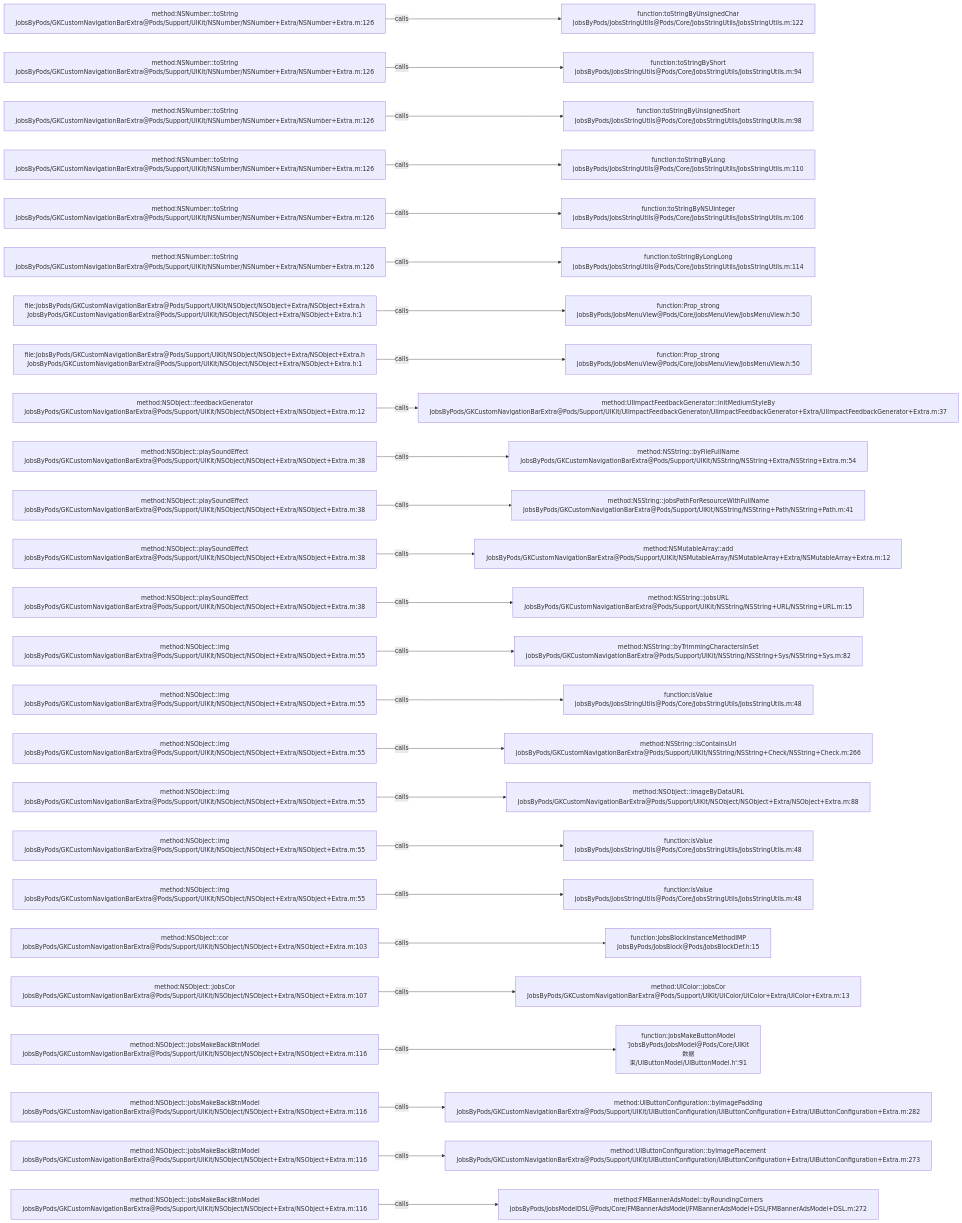
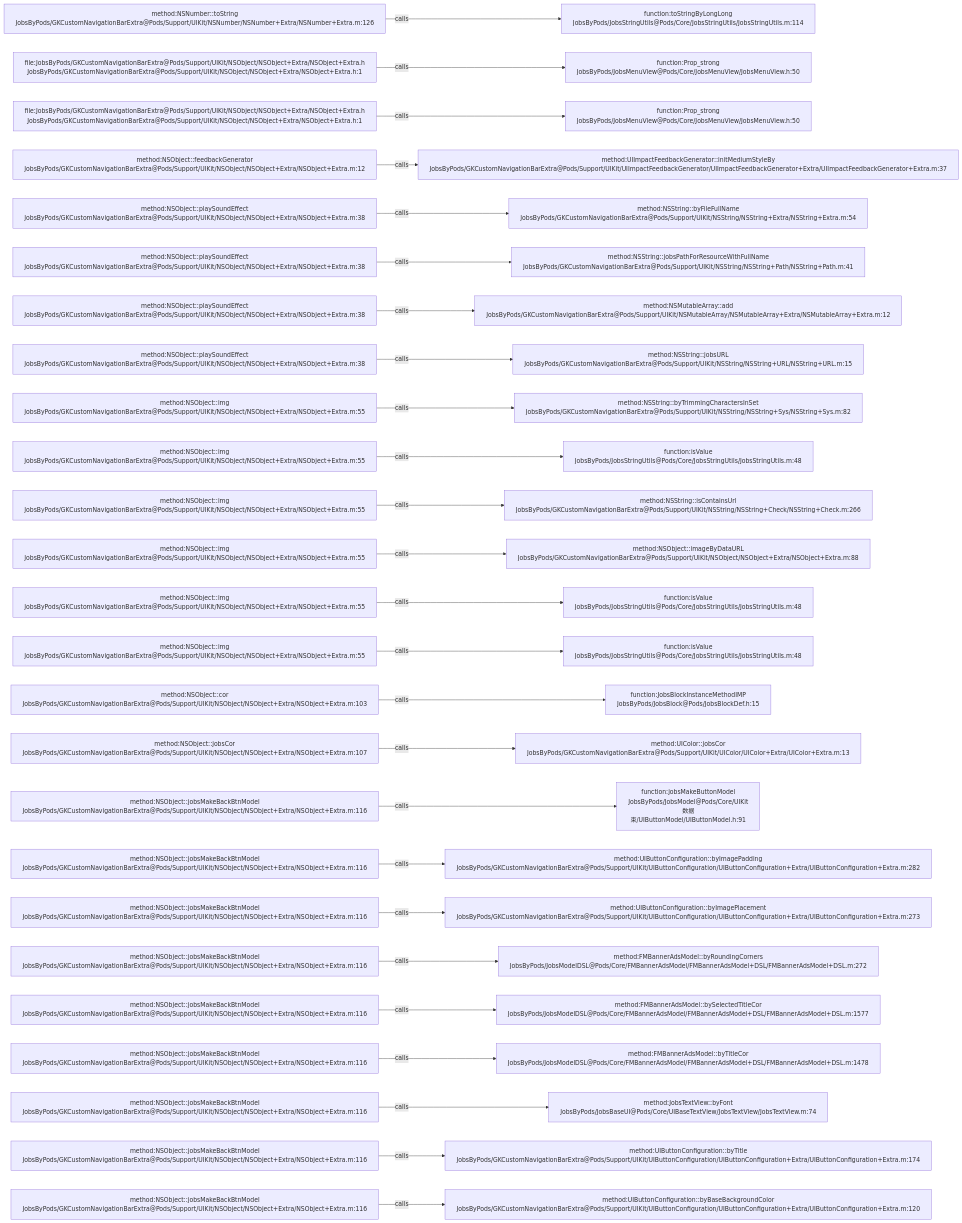
Before and after one commit to JobsKits/JobsOCBaseConfigDemo: the diagram in .codegraph/codegraph.md/graphs/calls-012.md, drawn with Mermaid. The commit also changed 223 other files, not shown here.

````diff
--- a/.codegraph/codegraph.md/graphs/calls-012.md
+++ b/.codegraph/codegraph.md/graphs/calls-012.md
@@ -13,78 +13,78 @@
 ```mermaid
 flowchart LR
   S1["method:NSNumber::toString<br/>JobsByPods/GKCustomNavigationBarExtra@Pods/Support/UIKit/NSNumber/NSNumber+Extra/NSNumber+Extra.m:126"]
-  T1["function:toStringByUnsignedChar<br/>JobsByPods/JobsStringUtils@Pods/Core/JobsStringUtils/JobsStringUtils.m:122"]
+  T1["function:toStringByLongLong<br/>JobsByPods/JobsStringUtils@Pods/Core/JobsStringUtils/JobsStringUtils.m:114"]
   S1 -->|calls| T1
-  S2["method:NSNumber::toString<br/>JobsByPods/GKCustomNavigationBarExtra@Pods/Support/UIKit/NSNumber/NSNumber+Extra/NSNumber+Extra.m:126"]
-  T2["function:toStringByShort<br/>JobsByPods/JobsStringUtils@Pods/Core/JobsStringUtils/JobsStringUtils.m:94"]
+  S2["file:JobsByPods/GKCustomNavigationBarExtra@Pods/Support/UIKit/NSObject/NSObject+Extra/NSObject+Extra.h<br/>JobsByPods/GKCustomNavigationBarExtra@Pods/Support/UIKit/NSObject/NSObject+Extra/NSObject+Extra.h:1"]
+  T2["function:Prop_strong<br/>JobsByPods/JobsMenuView@Pods/Core/JobsMenuView/JobsMenuView.h:50"]
   S2 -->|calls| T2
-  S3["method:NSNumber::toString<br/>JobsByPods/GKCustomNavigationBarExtra@Pods/Support/UIKit/NSNumber/NSNumber+Extra/NSNumber+Extra.m:126"]
-  T3["function:toStringByUnsignedShort<br/>JobsByPods/JobsStringUtils@Pods/Core/JobsStringUtils/JobsStringUtils.m:98"]
+  S3["file:JobsByPods/GKCustomNavigationBarExtra@Pods/Support/UIKit/NSObject/NSObject+Extra/NSObject+Extra.h<br/>JobsByPods/GKCustomNavigationBarExtra@Pods/Support/UIKit/NSObject/NSObject+Extra/NSObject+Extra.h:1"]
+  T3["function:Prop_strong<br/>JobsByPods/JobsMenuView@Pods/Core/JobsMenuView/JobsMenuView.h:50"]
   S3 -->|calls| T3
-  S4["method:NSNumber::toString<br/>JobsByPods/GKCustomNavigationBarExtra@Pods/Support/UIKit/NSNumber/NSNumber+Extra/NSNumber+Extra.m:126"]
-  T4["function:toStringByLong<br/>JobsByPods/JobsStringUtils@Pods/Core/JobsStringUtils/JobsStringUtils.m:110"]
+  S4["method:NSObject::feedbackGenerator<br/>JobsByPods/GKCustomNavigationBarExtra@Pods/Support/UIKit/NSObject/NSObject+Extra/NSObject+Extra.m:12"]
+  T4["method:UIImpactFeedbackGenerator::initMediumStyleBy<br/>JobsByPods/GKCustomNavigationBarExtra@Pods/Support/UIKit/UIImpactFeedbackGenerator/UIImpactFeedbackGenerator+Extra/UIImpactFeedbackGenerator+Extra.m:37"]
   S4 -->|calls| T4
-  S5["method:NSNumber::toString<br/>JobsByPods/GKCustomNavigationBarExtra@Pods/Support/UIKit/NSNumber/NSNumber+Extra/NSNumber+Extra.m:126"]
-  T5["function:toStringByNSUInteger<br/>JobsByPods/JobsStringUtils@Pods/Core/JobsStringUtils/JobsStringUtils.m:106"]
+  S5["method:NSObject::playSoundEffect<br/>JobsByPods/GKCustomNavigationBarExtra@Pods/Support/UIKit/NSObject/NSObject+Extra/NSObject+Extra.m:38"]
+  T5["method:NSString::byFileFullName<br/>JobsByPods/GKCustomNavigationBarExtra@Pods/Support/UIKit/NSString/NSString+Extra/NSString+Extra.m:54"]
   S5 -->|calls| T5
-  S6["method:NSNumber::toString<br/>JobsByPods/GKCustomNavigationBarExtra@Pods/Support/UIKit/NSNumber/NSNumber+Extra/NSNumber+Extra.m:126"]
-  T6["function:toStringByLongLong<br/>JobsByPods/JobsStringUtils@Pods/Core/JobsStringUtils/JobsStringUtils.m:114"]
+  S6["method:NSObject::playSoundEffect<br/>JobsByPods/GKCustomNavigationBarExtra@Pods/Support/UIKit/NSObject/NSObject+Extra/NSObject+Extra.m:38"]
+  T6["method:NSString::jobsPathForResourceWithFullName<br/>JobsByPods/GKCustomNavigationBarExtra@Pods/Support/UIKit/NSString/NSString+Path/NSString+Path.m:41"]
   S6 -->|calls| T6
-  S7["file:JobsByPods/GKCustomNavigationBarExtra@Pods/Support/UIKit/NSObject/NSObject+Extra/NSObject+Extra.h<br/>JobsByPods/GKCustomNavigationBarExtra@Pods/Support/UIKit/NSObject/NSObject+Extra/NSObject+Extra.h:1"]
-  T7["function:Prop_strong<br/>JobsByPods/JobsMenuView@Pods/Core/JobsMenuView/JobsMenuView.h:50"]
+  S7["method:NSObject::playSoundEffect<br/>JobsByPods/GKCustomNavigationBarExtra@Pods/Support/UIKit/NSObject/NSObject+Extra/NSObject+Extra.m:38"]
+  T7["method:NSMutableArray::add<br/>JobsByPods/GKCustomNavigationBarExtra@Pods/Support/UIKit/NSMutableArray/NSMutableArray+Extra/NSMutableArray+Extra.m:12"]
   S7 -->|calls| T7
-  S8["file:JobsByPods/GKCustomNavigationBarExtra@Pods/Support/UIKit/NSObject/NSObject+Extra/NSObject+Extra.h<br/>JobsByPods/GKCustomNavigationBarExtra@Pods/Support/UIKit/NSObject/NSObject+Extra/NSObject+Extra.h:1"]
-  T8["function:Prop_strong<br/>JobsByPods/JobsMenuView@Pods/Core/JobsMenuView/JobsMenuView.h:50"]
+  S8["method:NSObject::playSoundEffect<br/>JobsByPods/GKCustomNavigationBarExtra@Pods/Support/UIKit/NSObject/NSObject+Extra/NSObject+Extra.m:38"]
+  T8["method:NSString::jobsURL<br/>JobsByPods/GKCustomNavigationBarExtra@Pods/Support/UIKit/NSString/NSString+URL/NSString+URL.m:15"]
   S8 -->|calls| T8
-  S9["method:NSObject::feedbackGenerator<br/>JobsByPods/GKCustomNavigationBarExtra@Pods/Support/UIKit/NSObject/NSObject+Extra/NSObject+Extra.m:12"]
-  T9["method:UIImpactFeedbackGenerator::initMediumStyleBy<br/>JobsByPods/GKCustomNavigationBarExtra@Pods/Support/UIKit/UIImpactFeedbackGenerator/UIImpactFeedbackGenerator+Extra/UIImpactFeedbackGenerator+Extra.m:37"]
+  S9["method:NSObject::img<br/>JobsByPods/GKCustomNavigationBarExtra@Pods/Support/UIKit/NSObject/NSObject+Extra/NSObject+Extra.m:55"]
+  T9["method:NSString::byTrimmingCharactersInSet<br/>JobsByPods/GKCustomNavigationBarExtra@Pods/Support/UIKit/NSString/NSString+Sys/NSString+Sys.m:82"]
   S9 -->|calls| T9
-  S10["method:NSObject::playSoundEffect<br/>JobsByPods/GKCustomNavigationBarExtra@Pods/Support/UIKit/NSObject/NSObject+Extra/NSObject+Extra.m:38"]
-  T10["method:NSString::byFileFullName<br/>JobsByPods/GKCustomNavigationBarExtra@Pods/Support/UIKit/NSString/NSString+Extra/NSString+Extra.m:54"]
+  S10["method:NSObject::img<br/>JobsByPods/GKCustomNavigationBarExtra@Pods/Support/UIKit/NSObject/NSObject+Extra/NSObject+Extra.m:55"]
+  T10["function:isValue<br/>JobsByPods/JobsStringUtils@Pods/Core/JobsStringUtils/JobsStringUtils.m:48"]
   S10 -->|calls| T10
-  S11["method:NSObject::playSoundEffect<br/>JobsByPods/GKCustomNavigationBarExtra@Pods/Support/UIKit/NSObject/NSObject+Extra/NSObject+Extra.m:38"]
-  T11["method:NSString::jobsPathForResourceWithFullName<br/>JobsByPods/GKCustomNavigationBarExtra@Pods/Support/UIKit/NSString/NSString+Path/NSString+Path.m:41"]
+  S11["method:NSObject::img<br/>JobsByPods/GKCustomNavigationBarExtra@Pods/Support/UIKit/NSObject/NSObject+Extra/NSObject+Extra.m:55"]
+  T11["method:NSString::isContainsUrl<br/>JobsByPods/GKCustomNavigationBarExtra@Pods/Support/UIKit/NSString/NSString+Check/NSString+Check.m:266"]
   S11 -->|calls| T11
-  S12["method:NSObject::playSoundEffect<br/>JobsByPods/GKCustomNavigationBarExtra@Pods/Support/UIKit/NSObject/NSObject+Extra/NSObject+Extra.m:38"]
-  T12["method:NSMutableArray::add<br/>JobsByPods/GKCustomNavigationBarExtra@Pods/Support/UIKit/NSMutableArray/NSMutableArray+Extra/NSMutableArray+Extra.m:12"]
+  S12["method:NSObject::img<br/>JobsByPods/GKCustomNavigationBarExtra@Pods/Support/UIKit/NSObject/NSObject+Extra/NSObject+Extra.m:55"]
+  T12["method:NSObject::imageByDataURL<br/>JobsByPods/GKCustomNavigationBarExtra@Pods/Support/UIKit/NSObject/NSObject+Extra/NSObject+Extra.m:88"]
   S12 -->|calls| T12
-  S13["method:NSObject::playSoundEffect<br/>JobsByPods/GKCustomNavigationBarExtra@Pods/Support/UIKit/NSObject/NSObject+Extra/NSObject+Extra.m:38"]
-  T13["method:NSString::jobsURL<br/>JobsByPods/GKCustomNavigationBarExtra@Pods/Support/UIKit/NSString/NSString+URL/NSString+URL.m:15"]
+  S13["method:NSObject::img<br/>JobsByPods/GKCustomNavigationBarExtra@Pods/Support/UIKit/NSObject/NSObject+Extra/NSObject+Extra.m:55"]
+  T13["function:isValue<br/>JobsByPods/JobsStringUtils@Pods/Core/JobsStringUtils/JobsStringUtils.m:48"]
   S13 -->|calls| T13
   S14["method:NSObject::img<br/>JobsByPods/GKCustomNavigationBarExtra@Pods/Support/UIKit/NSObject/NSObject+Extra/NSObject+Extra.m:55"]
-  T14["method:NSString::byTrimmingCharactersInSet<br/>JobsByPods/GKCustomNavigationBarExtra@Pods/Support/UIKit/NSString/NSString+Sys/NSString+Sys.m:82"]
+  T14["function:isValue<br/>JobsByPods/JobsStringUtils@Pods/Core/JobsStringUtils/JobsStringUtils.m:48"]
   S14 -->|calls| T14
-  S15["method:NSObject::img<br/>JobsByPods/GKCustomNavigationBarExtra@Pods/Support/UIKit/NSObject/NSObject+Extra/NSObject+Extra.m:55"]
-  T15["function:isValue<br/>JobsByPods/JobsStringUtils@Pods/Core/JobsStringUtils/JobsStringUtils.m:48"]
+  S15["method:NSObject::cor<br/>JobsByPods/GKCustomNavigationBarExtra@Pods/Support/UIKit/NSObject/NSObject+Extra/NSObject+Extra.m:103"]
+  T15["function:JobsBlockInstanceMethodIMP<br/>JobsByPods/JobsBlock@Pods/JobsBlockDef.h:15"]
   S15 -->|calls| T15
-  S16["method:NSObject::img<br/>JobsByPods/GKCustomNavigationBarExtra@Pods/Support/UIKit/NSObject/NSObject+Extra/NSObject+Extra.m:55"]
-  T16["method:NSString::isContainsUrl<br/>JobsByPods/GKCustomNavigationBarExtra@Pods/Support/UIKit/NSString/NSString+Check/NSString+Check.m:266"]
+  S16["method:NSObject::jobsCor<br/>JobsByPods/GKCustomNavigationBarExtra@Pods/Support/UIKit/NSObject/NSObject+Extra/NSObject+Extra.m:107"]
+  T16["method:UIColor::jobsCor<br/>JobsByPods/GKCustomNavigationBarExtra@Pods/Support/UIKit/UIColor/UIColor+Extra/UIColor+Extra.m:13"]
   S16 -->|calls| T16
-  S17["method:NSObject::img<br/>JobsByPods/GKCustomNavigationBarExtra@Pods/Support/UIKit/NSObject/NSObject+Extra/NSObject+Extra.m:55"]
-  T17["method:NSObject::imageByDataURL<br/>JobsByPods/GKCustomNavigationBarExtra@Pods/Support/UIKit/NSObject/NSObject+Extra/NSObject+Extra.m:88"]
+  S17["method:NSObject::jobsMakeBackBtnModel<br/>JobsByPods/GKCustomNavigationBarExtra@Pods/Support/UIKit/NSObject/NSObject+Extra/NSObject+Extra.m:116"]
+  T17["function:jobsMakeButtonModel<br/>JobsByPods/JobsModel@Pods/Core/UIKit数据束/UIButtonModel/UIButtonModel.h:91"]
   S17 -->|calls| T17
-  S18["method:NSObject::img<br/>JobsByPods/GKCustomNavigationBarExtra@Pods/Support/UIKit/NSObject/NSObject+Extra/NSObject+Extra.m:55"]
-  T18["function:isValue<br/>JobsByPods/JobsStringUtils@Pods/Core/JobsStringUtils/JobsStringUtils.m:48"]
+  S18["method:NSObject::jobsMakeBackBtnModel<br/>JobsByPods/GKCustomNavigationBarExtra@Pods/Support/UIKit/NSObject/NSObject+Extra/NSObject+Extra.m:116"]
+  T18["method:UIButtonConfiguration::byImagePadding<br/>JobsByPods/GKCustomNavigationBarExtra@Pods/Support/UIKit/UIButtonConfiguration/UIButtonConfiguration+Extra/UIButtonConfiguration+Extra.m:282"]
   S18 -->|calls| T18
-  S19["method:NSObject::img<br/>JobsByPods/GKCustomNavigationBarExtra@Pods/Support/UIKit/NSObject/NSObject+Extra/NSObject+Extra.m:55"]
-  T19["function:isValue<br/>JobsByPods/JobsStringUtils@Pods/Core/JobsStringUtils/JobsStringUtils.m:48"]
+  S19["method:NSObject::jobsMakeBackBtnModel<br/>JobsByPods/GKCustomNavigationBarExtra@Pods/Support/UIKit/NSObject/NSObject+Extra/NSObject+Extra.m:116"]
+  T19["method:UIButtonConfiguration::byImagePlacement<br/>JobsByPods/GKCustomNavigationBarExtra@Pods/Support/UIKit/UIButtonConfiguration/UIButtonConfiguration+Extra/UIButtonConfiguration+Extra.m:273"]
   S19 -->|calls| T19
-  S20["method:NSObject::cor<br/>JobsByPods/GKCustomNavigationBarExtra@Pods/Support/UIKit/NSObject/NSObject+Extra/NSObject+Extra.m:103"]
-  T20["function:JobsBlockInstanceMethodIMP<br/>JobsByPods/JobsBlock@Pods/JobsBlockDef.h:15"]
+  S20["method:NSObject::jobsMakeBackBtnModel<br/>JobsByPods/GKCustomNavigationBarExtra@Pods/Support/UIKit/NSObject/NSObject+Extra/NSObject+Extra.m:116"]
+  T20["method:FMBannerAdsModel::byRoundingCorners<br/>JobsByPods/JobsModelDSL@Pods/Core/FMBannerAdsModel/FMBannerAdsModel+DSL/FMBannerAdsModel+DSL.m:272"]
   S20 -->|calls| T20
-  S21["method:NSObject::jobsCor<br/>JobsByPods/GKCustomNavigationBarExtra@Pods/Support/UIKit/NSObject/NSObject+Extra/NSObject+Extra.m:107"]
-  T21["method:UIColor::jobsCor<br/>JobsByPods/GKCustomNavigationBarExtra@Pods/Support/UIKit/UIColor/UIColor+Extra/UIColor+Extra.m:13"]
+  S21["method:NSObject::jobsMakeBackBtnModel<br/>JobsByPods/GKCustomNavigationBarExtra@Pods/Support/UIKit/NSObject/NSObject+Extra/NSObject+Extra.m:116"]
+  T21["method:FMBannerAdsModel::bySelectedTitleCor<br/>JobsByPods/JobsModelDSL@Pods/Core/FMBannerAdsModel/FMBannerAdsModel+DSL/FMBannerAdsModel+DSL.m:1577"]
   S21 -->|calls| T21
   S22["method:NSObject::jobsMakeBackBtnModel<br/>JobsByPods/GKCustomNavigationBarExtra@Pods/Support/UIKit/NSObject/NSObject+Extra/NSObject+Extra.m:116"]
-  T22["function:jobsMakeButtonModel<br/>'JobsByPods/JobsModel@Pods/Core/UIKit数据束/UIButtonModel/UIButtonModel.h':91"]
+  T22["method:FMBannerAdsModel::byTitleCor<br/>JobsByPods/JobsModelDSL@Pods/Core/FMBannerAdsModel/FMBannerAdsModel+DSL/FMBannerAdsModel+DSL.m:1478"]
   S22 -->|calls| T22
   S23["method:NSObject::jobsMakeBackBtnModel<br/>JobsByPods/GKCustomNavigationBarExtra@Pods/Support/UIKit/NSObject/NSObject+Extra/NSObject+Extra.m:116"]
-  T23["method:UIButtonConfiguration::byImagePadding<br/>JobsByPods/GKCustomNavigationBarExtra@Pods/Support/UIKit/UIButtonConfiguration/UIButtonConfiguration+Extra/UIButtonConfiguration+Extra.m:282"]
+  T23["method:JobsTextView::byFont<br/>JobsByPods/JobsBaseUI@Pods/Core/UIBaseTextView/JobsTextView/JobsTextView.m:74"]
   S23 -->|calls| T23
   S24["method:NSObject::jobsMakeBackBtnModel<br/>JobsByPods/GKCustomNavigationBarExtra@Pods/Support/UIKit/NSObject/NSObject+Extra/NSObject+Extra.m:116"]
-  T24["method:UIButtonConfiguration::byImagePlacement<br/>JobsByPods/GKCustomNavigationBarExtra@Pods/Support/UIKit/UIButtonConfiguration/UIButtonConfiguration+Extra/UIButtonConfiguration+Extra.m:273"]
+  T24["method:UIButtonConfiguration::byTitle<br/>JobsByPods/GKCustomNavigationBarExtra@Pods/Support/UIKit/UIButtonConfiguration/UIButtonConfiguration+Extra/UIButtonConfiguration+Extra.m:174"]
   S24 -->|calls| T24
   S25["method:NSObject::jobsMakeBackBtnModel<br/>JobsByPods/GKCustomNavigationBarExtra@Pods/Support/UIKit/NSObject/NSObject+Extra/NSObject+Extra.m:116"]
-  T25["method:FMBannerAdsModel::byRoundingCorners<br/>JobsByPods/JobsModelDSL@Pods/Core/FMBannerAdsModel/FMBannerAdsModel+DSL/FMBannerAdsModel+DSL.m:272"]
+  T25["method:UIButtonConfiguration::byBaseBackgroundColor<br/>JobsByPods/GKCustomNavigationBarExtra@Pods/Support/UIKit/UIButtonConfiguration/UIButtonConfiguration+Extra/UIButtonConfiguration+Extra.m:120"]
   S25 -->|calls| T25
 ```
````
